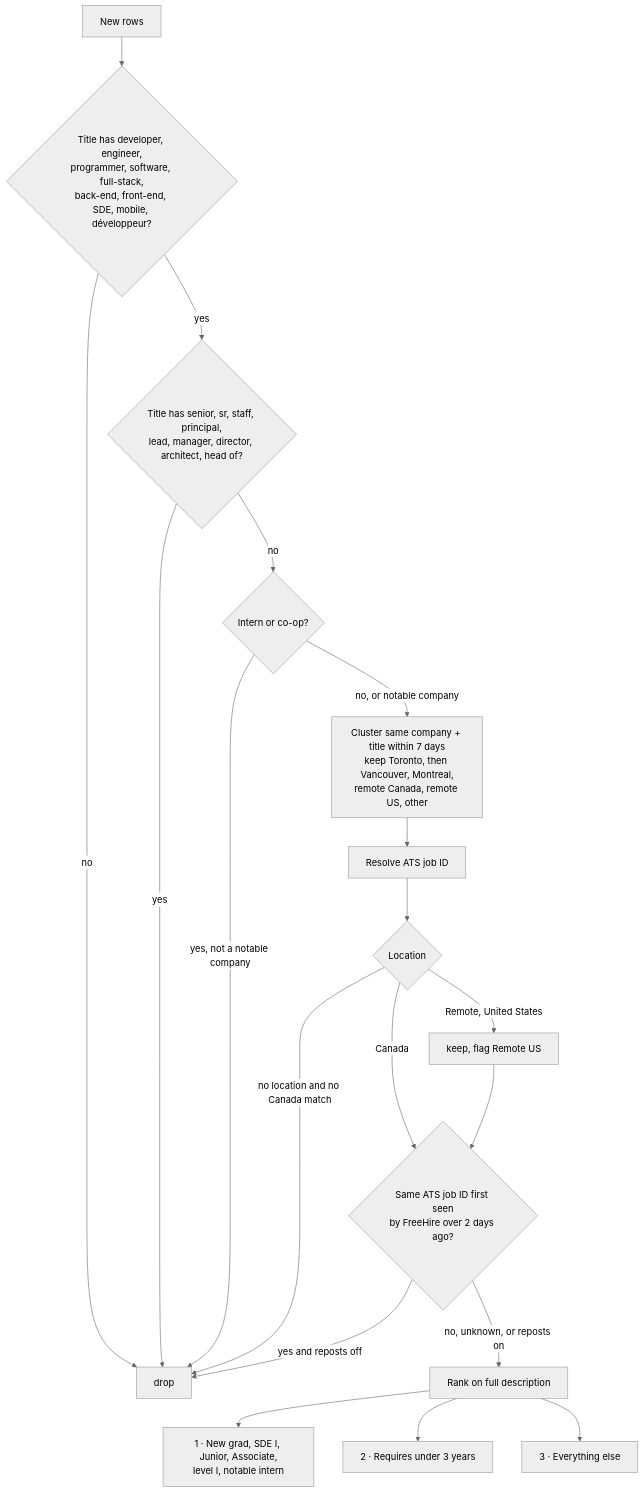
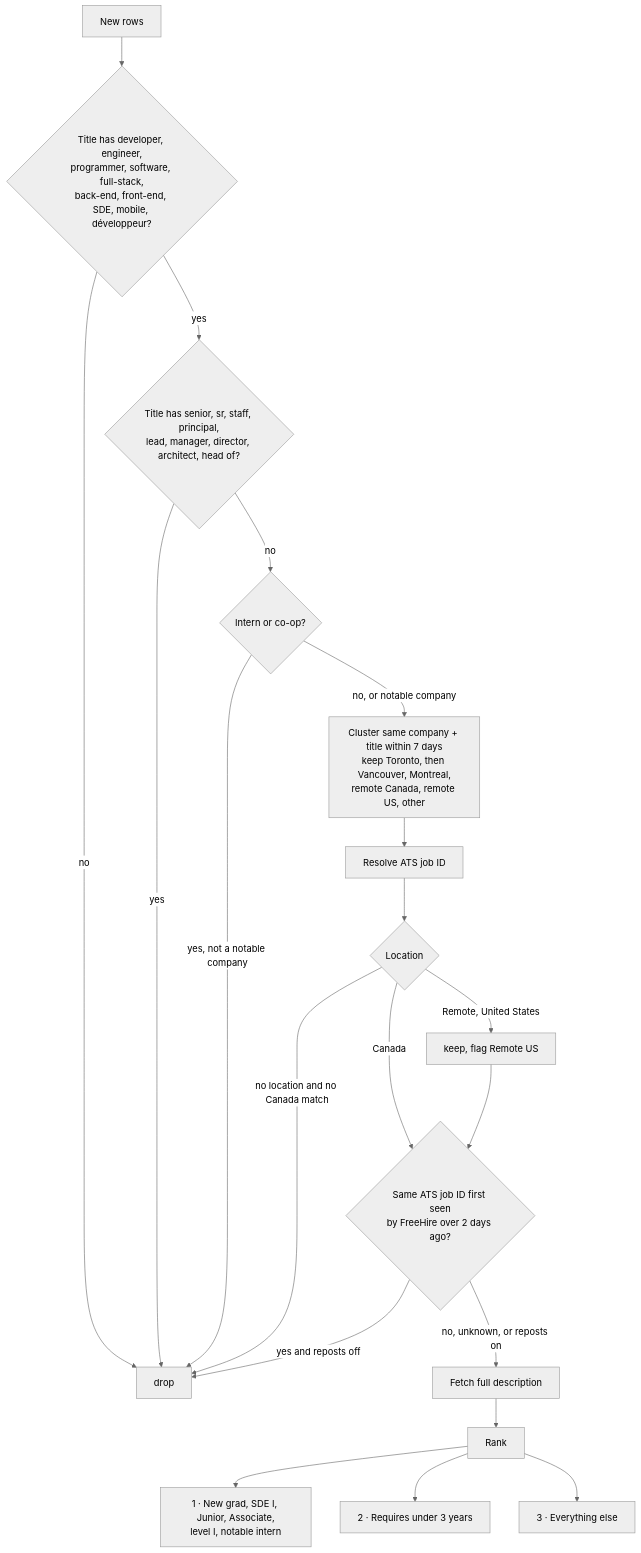
The third of 7 diagrams in docs/architecture.md (shariqanwar20/Job-Applier), drawn with Mermaid (neutral theme) before and after one commit. The commit also changed other lines of this file and 1 other file, not shown here.

````diff
--- a/docs/architecture.md
+++ b/docs/architecture.md
@@ -62,21 +62,22 @@
 ```mermaid
 flowchart TD
   A["New rows"] --> T1{"Title has developer, engineer,<br/>programmer, software, full-stack,<br/>back-end, front-end, SDE, mobile, développeur?"}
   T1 -- no --> Z["drop"]
   T1 -- yes --> T2{"Title has senior, sr, staff, principal,<br/>lead, manager, director, architect, head of?"}
   T2 -- yes --> Z
   T2 -- no --> IT{"Intern or co-op?"}
   IT -- "yes, not a notable company" --> Z
   IT -- "no, or notable company" --> CL["Cluster same company + title within 7 days<br/>keep Toronto, then Vancouver, Montreal,<br/>remote Canada, remote US, other"]
   CL --> ID["Resolve ATS job ID"]
   ID --> LOC{"Location"}
   LOC -- "no location and no Canada match" --> Z
   LOC -- "Remote, United States" --> FL["keep, flag Remote US"]
   LOC -- "Canada" --> RP
   FL --> RP{"Same ATS job ID first seen<br/>by FreeHire over 2 days ago?"}
   RP -- "yes and reposts off" --> Z
-  RP -- "no, unknown, or reposts on" --> RK["Rank on full description"]
+  RP -- "no, unknown, or reposts on" --> FD["Fetch full description"]
+  FD --> RK["Rank"]
   RK --> R1["1 · New grad, SDE I, Junior, Associate,<br/>level I, notable intern"]
   RK --> R2["2 · Requires under 3 years"]
   RK --> R3["3 · Everything else"]
 ```
````
